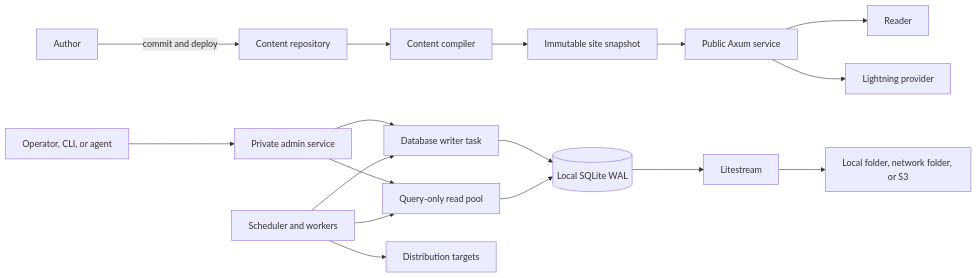
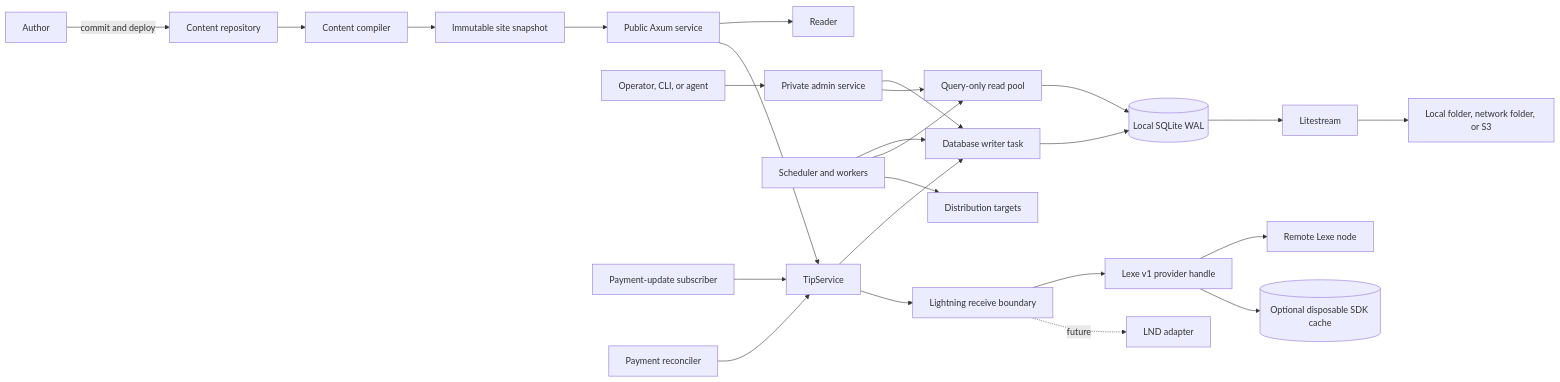
One commit to tee8z/maincopy changed the first of 6 diagrams in DESIGN.md. Above: the diagram before and after it, drawn with Mermaid. The commit also changed other lines of this file and 2 other files, not shown here.

Commit message:
docs(payments): adopt Lexe for Lightning tips

````diff
--- a/DESIGN.md
+++ b/DESIGN.md
@@ -99,21 +102,29 @@
 ```mermaid
 flowchart LR
     Author[Author] -->|commit and deploy| Content[Content repository]
     Content --> Compiler[Content compiler]
     Compiler --> Snapshot[Immutable site snapshot]
     Snapshot --> Public[Public Axum service]
     Public --> Reader[Reader]
 
     Operator[Operator, CLI, or agent] --> Admin[Private admin service]
     Admin --> Writer[Database writer task]
     Scheduler[Scheduler and workers] --> Writer
     Writer --> DB[(Local SQLite WAL)]
     Admin --> Reads[Query-only read pool]
     Scheduler --> Reads
     Reads --> DB
 
     Scheduler --> Targets[Distribution targets]
-    Public --> Lightning[Lightning provider]
+    Public --> Tips[TipService]
+    UpdateSubscriber[Payment-update subscriber] --> Tips
+    Reconciler[Payment reconciler] --> Tips
+    Tips --> Writer
+    Tips --> Lightning[Lightning receive boundary]
+    Lightning --> LexeHandle[Lexe v1 provider handle]
+    LexeHandle --> LexeNode[Remote Lexe node]
+    LexeHandle --> LexeCache[(Optional disposable SDK cache)]
+    Lightning -. future .-> LndAdapter[LND adapter]
     DB --> Litestream[Litestream]
     Litestream --> Replica[Local folder, network folder, or S3]
 ```
````
